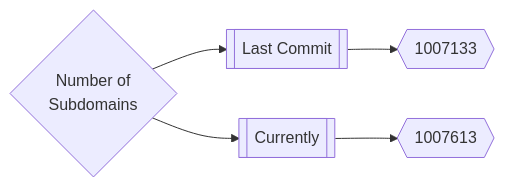
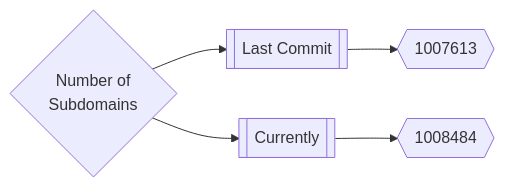
The first of 3 diagrams in README.md (Excloudx6/inventory), drawn with Mermaid before and after one commit. The commit also changed other lines of this file, not shown here.

Commit message:
Update README.md Thu Aug 11 22:19:59 UTC 2022

````diff
--- a/README.md
+++ b/README.md
@@ -167,5 +167,5 @@
 ```mermaid
 graph LR
-title{Number of<br>Subdomains} --> subdomainsDate1[[Last Commit]] --> subdomainsNum1{{1007133}}
-title --> subdomainsDate2[[Currently]] --> subdomainsNum2{{1007613}}
+title{Number of<br>Subdomains} --> subdomainsDate1[[Last Commit]] --> subdomainsNum1{{1007613}}
+title --> subdomainsDate2[[Currently]] --> subdomainsNum2{{1008484}}
 ```
````
